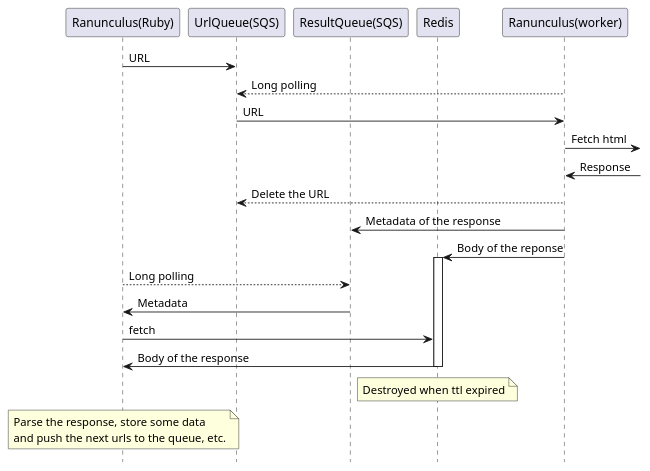
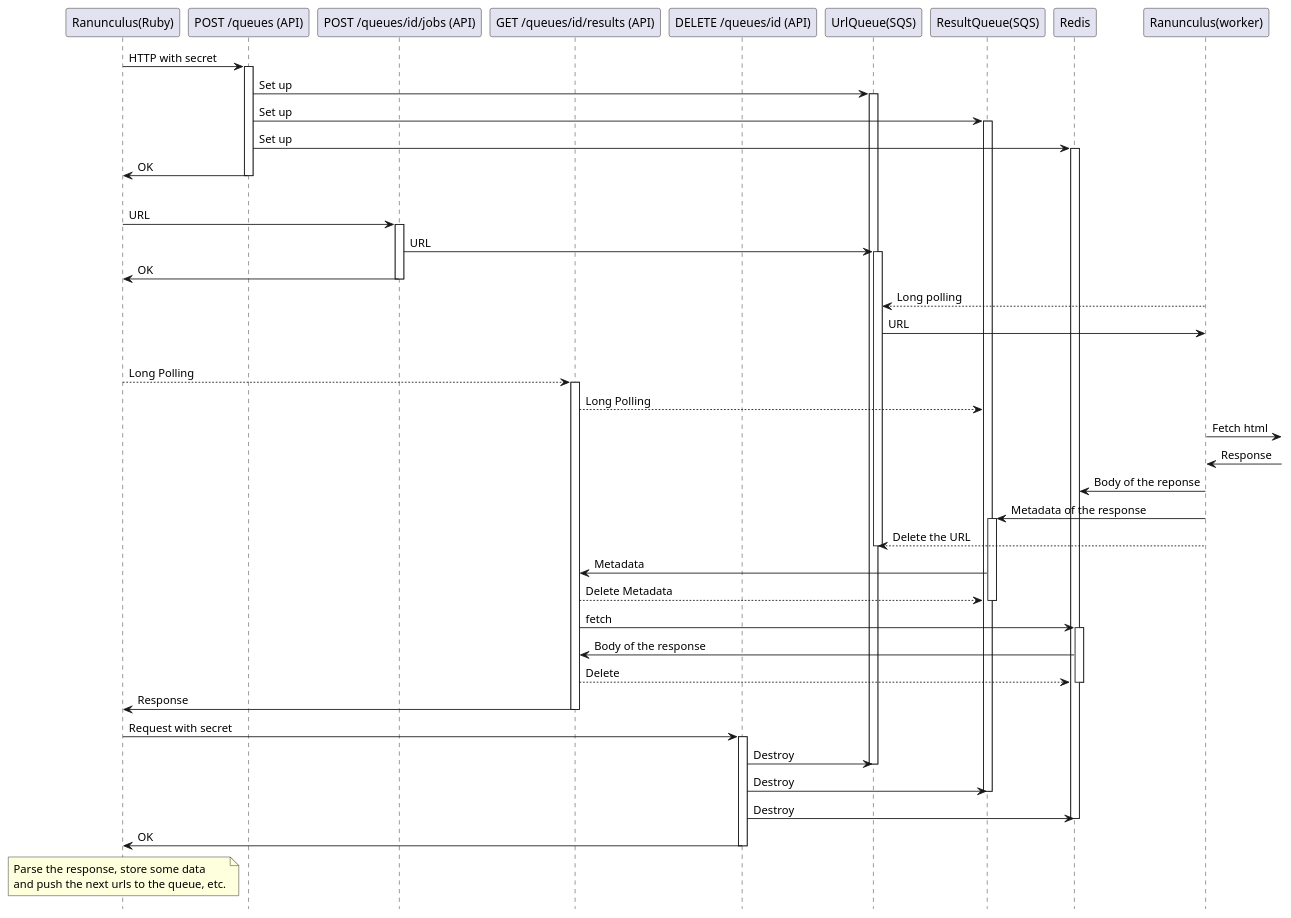
Before and after one commit to k-kawa/ranunculus: the diagram in seq.pu, drawn with PlantUML. The commit also changed 3 other files, not shown here.

```diff
--- a/seq.pu
+++ b/seq.pu
@@ -1,36 +1,80 @@
 @startuml{seq.png}
 hide footbox
 
 participant "Ranunculus(Ruby)" as ruby
+participant "POST /queues (API)" as api_new_q
+participant "POST /queues/id/jobs (API)" as api_new_j
+participant "GET /queues/id/results (API)" as api_get_r
+participant "DELETE /queues/id (API)" as api_delete_q
+
 participant "UrlQueue(SQS)" as iq
 participant "ResultQueue(SQS)" as oq
 participant Redis as redis
 participant "Ranunculus(worker)" as worker
 
-ruby -> iq : URL
+ruby -> api_new_q : HTTP with secret
+activate api_new_q
+api_new_q -> iq : Set up
+activate iq
+api_new_q -> oq : Set up
+activate oq
+api_new_q -> redis : Set up
+activate redis
+api_new_q -> ruby : OK
+deactivate api_new_q
+
+|||
+
+ruby -> api_new_j : URL
+activate api_new_j
+api_new_j -> iq : URL
+activate iq
+api_new_j -> ruby : OK
+deactivate api_new_j
 worker --> iq : Long polling
 iq -> worker : URL
 
-worker ->] : Fetch html 
+|||
+
+ruby --> api_get_r : Long Polling
+activate api_get_r
+api_get_r --> oq : Long Polling
+
+worker ->] : Fetch html
 worker <-] : Response
 
+worker -> redis : Body of the reponse
+worker -> oq : Metadata of the response
+activate oq
 worker --> iq : Delete the URL
+deactivate iq
 
-worker -> oq : Metadata of the response
-worker -> redis : Body of the reponse
+oq -> api_get_r : Metadata
+api_get_r --> oq : Delete Metadata
+deactivate oq
+api_get_r -> redis : fetch
 activate redis
+redis -> api_get_r : Body of the response
+api_get_r --> redis : Delete
+deactivate redis
 
-ruby --> oq : Long polling
-oq -> ruby : Metadata
-ruby -> redis : fetch
-redis -> ruby : Body of the response
+api_get_r -> ruby : Response
+deactivate api_get_r
 
+ruby -> api_delete_q : Request with secret
+activate api_delete_q
+api_delete_q -> iq : Destroy
+deactivate iq
+api_delete_q -> oq : Destroy
+deactivate oq
+api_delete_q -> redis : Destroy
 deactivate redis
-note over redis : Destroyed when ttl expired
+api_delete_q -> ruby : OK
+deactivate api_delete_q
 
 note over ruby
      Parse the response, store some data
      and push the next urls to the queue, etc.
 end note
 
 @enduml
```
